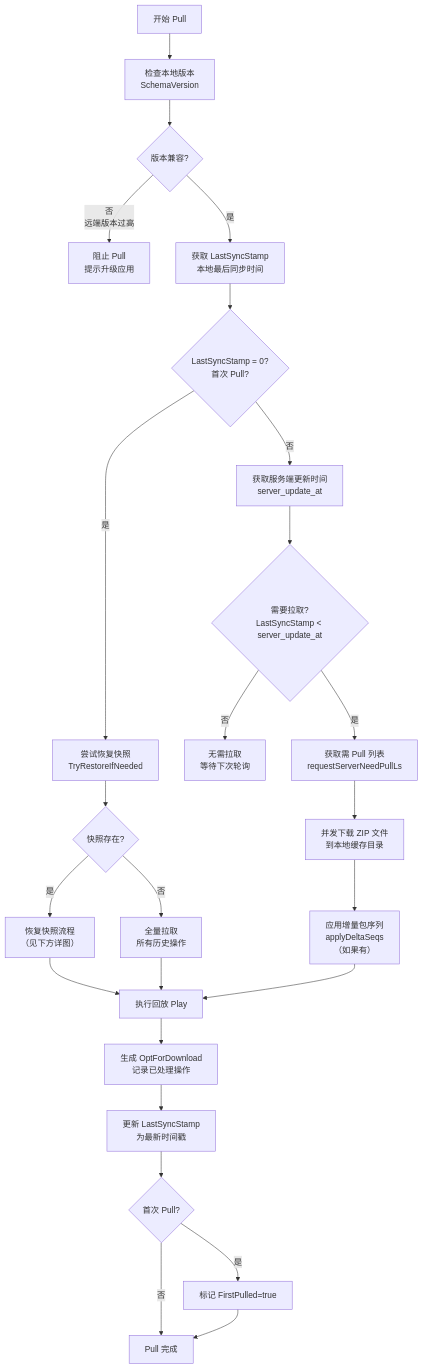
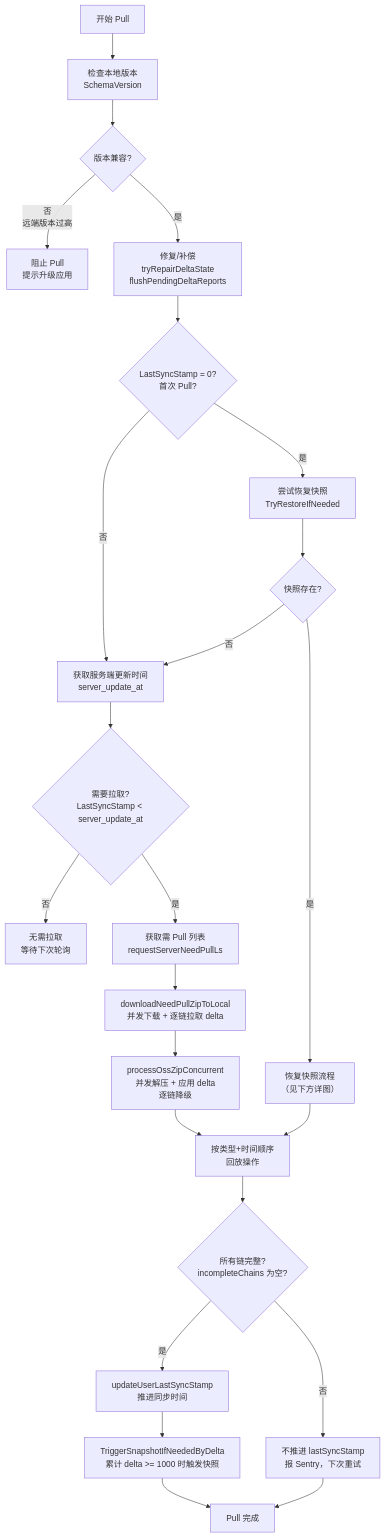
One commit to LucisXu/jotmo-skills changed the eighth of 33 diagrams in 多端同步流程图.md. Above: the diagram before and after it, drawn with Mermaid. The commit also changed other lines of this file, not shown here.

````diff
--- a/多端同步流程图.md
+++ b/多端同步流程图.md
@@ -210,40 +248,40 @@
 ```mermaid
 flowchart TD
     Start["开始 Pull"] --> CheckVersion["检查本地版本<br/>SchemaVersion"]
 
     CheckVersion --> VersionOK{"版本兼容?"}
     VersionOK -->|"否<br/>远端版本过高"| BlockPull["阻止 Pull<br/>提示升级应用"]
 
-    VersionOK -->|"是"| GetLastSync["获取 LastSyncStamp<br/>本地最后同步时间"]
+    VersionOK -->|"是"| Repair["修复/补偿<br/>tryRepairDeltaState<br/>flushPendingDeltaReports"]
 
-    GetLastSync --> CheckFirst{"LastSyncStamp = 0?<br/>首次 Pull?"}
+    Repair --> CheckFirst{"LastSyncStamp = 0?<br/>首次 Pull?"}
 
     CheckFirst -->|"是"| TrySnapshot["尝试恢复快照<br/>TryRestoreIfNeeded"]
     CheckFirst -->|"否"| GetServerTime["获取服务端更新时间<br/>server_update_at"]
 
     TrySnapshot --> SnapshotExist{"快照存在?"}
     SnapshotExist -->|"是"| RestoreSnapshot["恢复快照流程<br/>（见下方详图）"]
-    SnapshotExist -->|"否"| FullPull["全量拉取<br/>所有历史操作"]
+    SnapshotExist -->|"否"| GetServerTime
 
     GetServerTime --> CompareTime{"需要拉取?<br/>LastSyncStamp < server_update_at"}
     CompareTime -->|"否"| NoChange["无需拉取<br/>等待下次轮询"]
 
     CompareTime -->|"是"| GetPullList["获取需 Pull 列表<br/>requestServerNeedPullLs"]
 
-    GetPullList --> DownloadZips["并发下载 ZIP 文件<br/>到本地缓存目录"]
+    GetPullList --> DownloadZips["downloadNeedPullZipToLocal<br/>并发下载 + 逐链拉取 delta"]
 
-    DownloadZips --> ApplyDelta["应用增量包序列<br/>applyDeltaSeqs<br/>（如果有）"]
+    DownloadZips --> ProcessChains["processOssZipConcurrent<br/>并发解压 + 应用 delta<br/>逐链降级"]
 
-    RestoreSnapshot --> Play["执行回放 Play"]
-    FullPull --> Play
-    ApplyDelta --> Play
+    ProcessChains --> Play["按类型+时间顺序<br/>回放操作"]
 
-    Play --> GenOFD["生成 OptForDownload<br/>记录已处理操作"]
+    Play --> CheckIncomplete{"所有链完整?<br/>incompleteChains 为空?"}
 
-    GenOFD --> UpdateStamp["更新 LastSyncStamp<br/>为最新时间戳"]
+    CheckIncomplete -->|"是"| UpdateStamp["updateUserLastSyncStamp<br/>推进同步时间"]
+    CheckIncomplete -->|"否"| PartialFail["不推进 lastSyncStamp<br/>报 Sentry，下次重试"]
 
-    UpdateStamp --> MarkFirst{"首次 Pull?"}
-    MarkFirst -->|"是"| SetFirstPulled["标记 FirstPulled=true"]
-    MarkFirst -->|"否"| Done["Pull 完成"]
-    SetFirstPulled --> Done
+    UpdateStamp --> TriggerSnapshot["TriggerSnapshotIfNeededByDelta<br/>累计 delta >= 1000 时触发快照"]
+
+    RestoreSnapshot --> Play
+    TriggerSnapshot --> Done["Pull 完成"]
+    PartialFail --> Done
 ```
````
